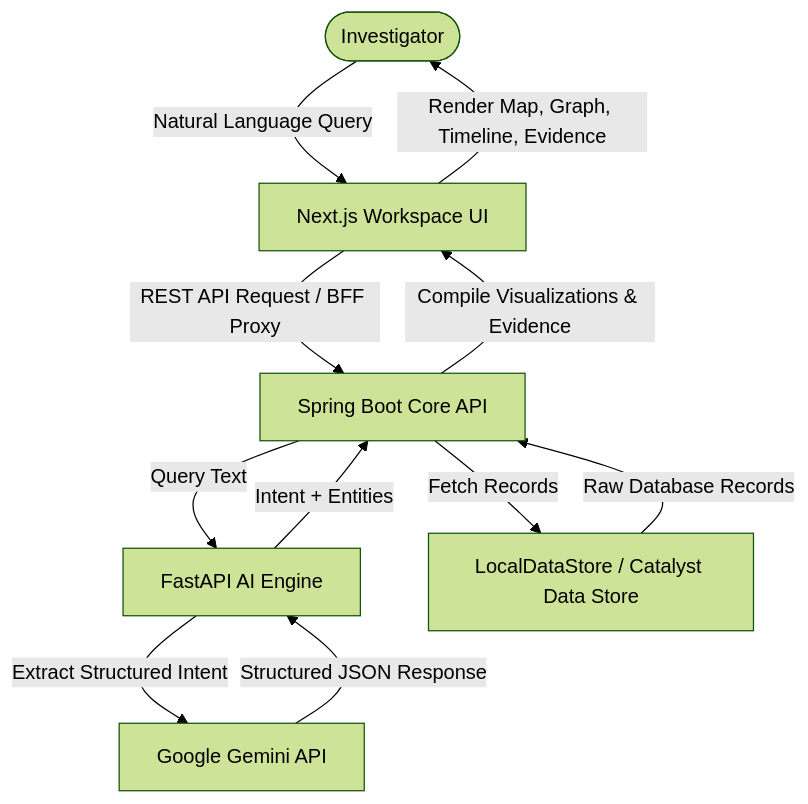
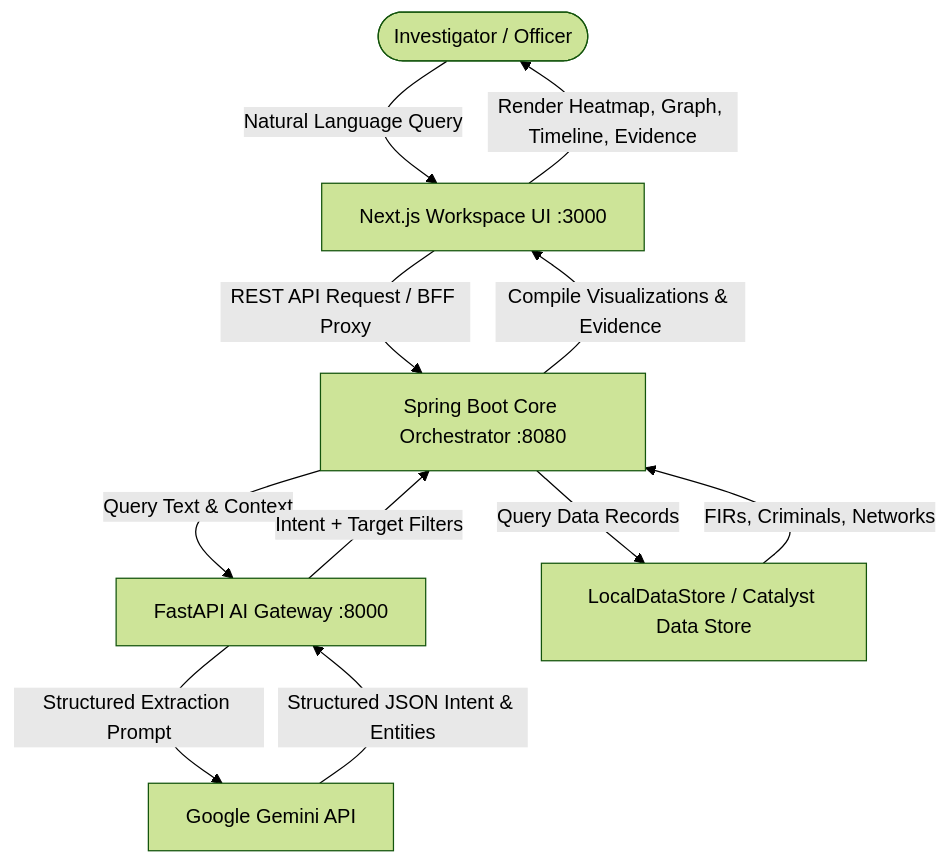
The diagram in README.md (goyalk01/KSP-Shodhana), drawn with Mermaid (forest theme) before and after one commit. The commit also changed other lines of this file, not shown here.

Commit message:
Docs - Update root README.md with complete architecture, features, database models, and API reference

````diff
--- a/README.md
+++ b/README.md
@@ -69,13 +56,13 @@
 ```mermaid
 flowchart TD
-    User([Investigator]) -->|Natural Language Query| NextJS[Next.js Workspace UI]
-    NextJS -->|REST API Request / BFF Proxy| SpringBoot[Spring Boot Core API]
-    SpringBoot -->|Query Text| FastAPI[FastAPI AI Engine]
-    FastAPI -->|Extract Structured Intent| Gemini[Google Gemini API]
-    Gemini -->|Structured JSON Response| FastAPI
-    FastAPI -->|Intent + Entities| SpringBoot
-    SpringBoot -->|Fetch Records| LocalStore[LocalDataStore / Catalyst Data Store]
-    LocalStore -->|Raw Database Records| SpringBoot
+    User([Investigator / Officer]) -->|Natural Language Query| NextJS[Next.js Workspace UI :3000]
+    NextJS -->|REST API Request / BFF Proxy| SpringBoot[Spring Boot Core Orchestrator :8080]
+    SpringBoot -->|Query Text & Context| FastAPI[FastAPI AI Gateway :8000]
+    FastAPI -->|Structured Extraction Prompt| Gemini[Google Gemini API]
+    Gemini -->|Structured JSON Intent & Entities| FastAPI
+    FastAPI -->|Intent + Target Filters| SpringBoot
+    SpringBoot -->|Query Data Records| LocalStore[LocalDataStore / Catalyst Data Store]
+    LocalStore -->|FIRs, Criminals, Networks| SpringBoot
     SpringBoot -->|Compile Visualizations & Evidence| NextJS
-    NextJS -->|Render Map, Graph, Timeline, Evidence| User
+    NextJS -->|Render Heatmap, Graph, Timeline, Evidence| User
 ```
````
